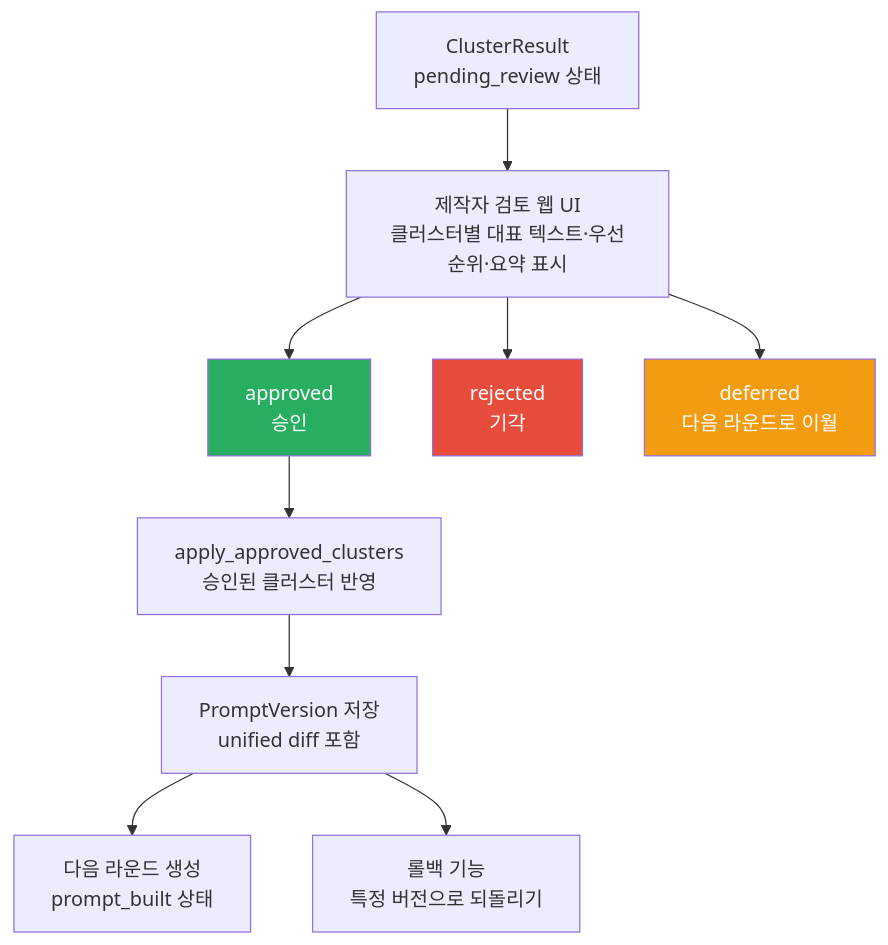
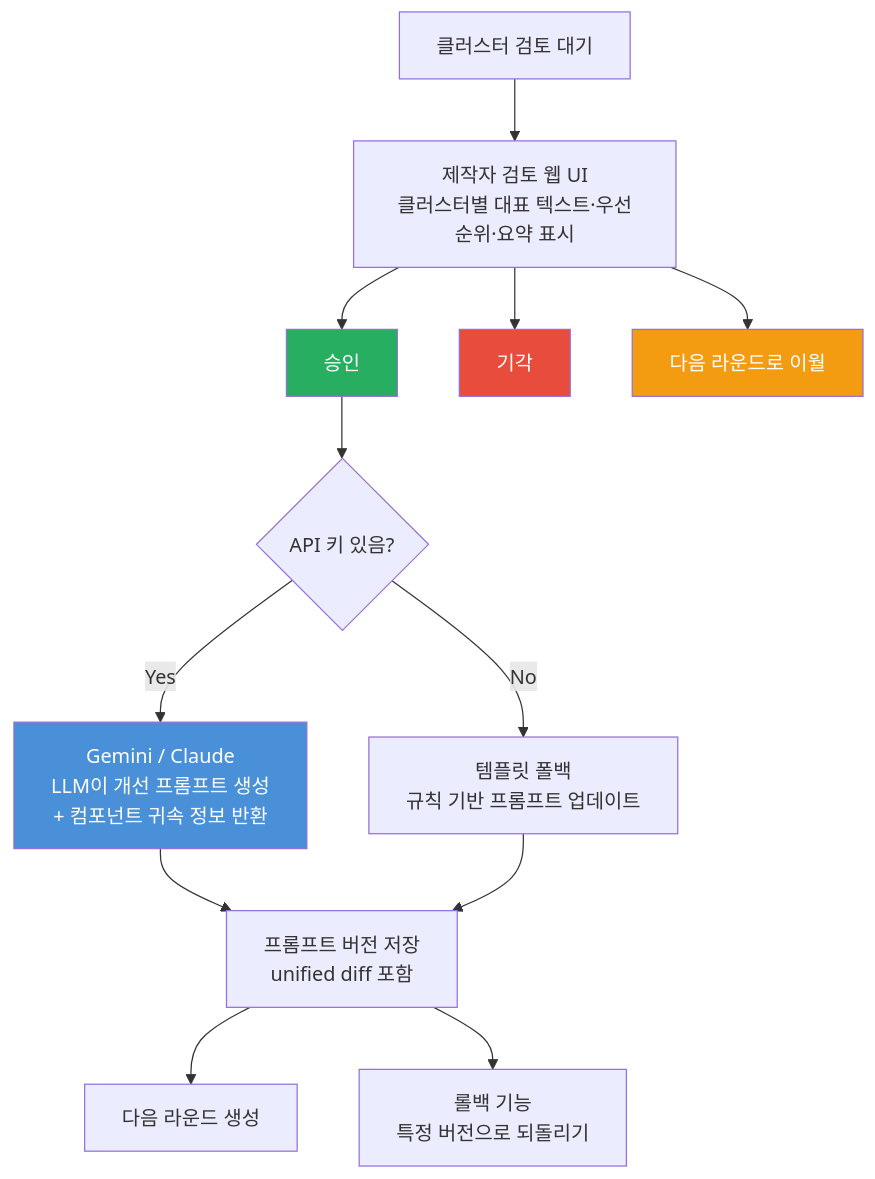
The tenth of 14 diagrams in PRESENTATION.md (Userlsj-project/VideoLabs), drawn with Mermaid before and after one commit. The commit also changed other lines of this file, not shown here.

````diff
--- a/PRESENTATION.md
+++ b/PRESENTATION.md
@@ -223,17 +415,19 @@
 ```mermaid
 flowchart TD
-    CR[ClusterResult\npending_review 상태] --> UI[제작자 검토 웹 UI\n클러스터별 대표 텍스트·우선순위·요약 표시]
-    UI --> AP[approved\n승인]
-    UI --> RJ[rejected\n기각]
-    UI --> DF[deferred\n다음 라운드로 이월]
+    CR[클러스터 검토 대기] --> UI[제작자 검토 웹 UI\n클러스터별 대표 텍스트·우선순위·요약 표시]
+    UI --> AP[승인]
+    UI --> RJ[기각]
+    UI --> DF[다음 라운드로 이월]
 
-    AP --> PU[apply_approved_clusters\n승인된 클러스터 반영]
-    PU --> PV[PromptVersion 저장\nunified diff 포함]
-    PV --> NR[다음 라운드 생성\nprompt_built 상태]
-
+    AP --> LLM{API 키 있음?}
+    LLM -->|Yes| CA["Gemini / Claude\nLLM이 개선 프롬프트 생성\n+ 컴포넌트 귀속 정보 반환"]
+    LLM -->|No| TB["템플릿 폴백\n규칙 기반 프롬프트 업데이트"]
+    CA & TB --> PV["프롬프트 버전 저장\nunified diff 포함"]
+    PV --> NR[다음 라운드 생성]
     PV --> RB[롤백 기능\n특정 버전으로 되돌리기]
 
     style AP fill:#27AE60,color:#fff
     style RJ fill:#E74C3C,color:#fff
     style DF fill:#F39C12,color:#fff
+    style CA fill:#4A90D9,color:#fff
 ```
````
